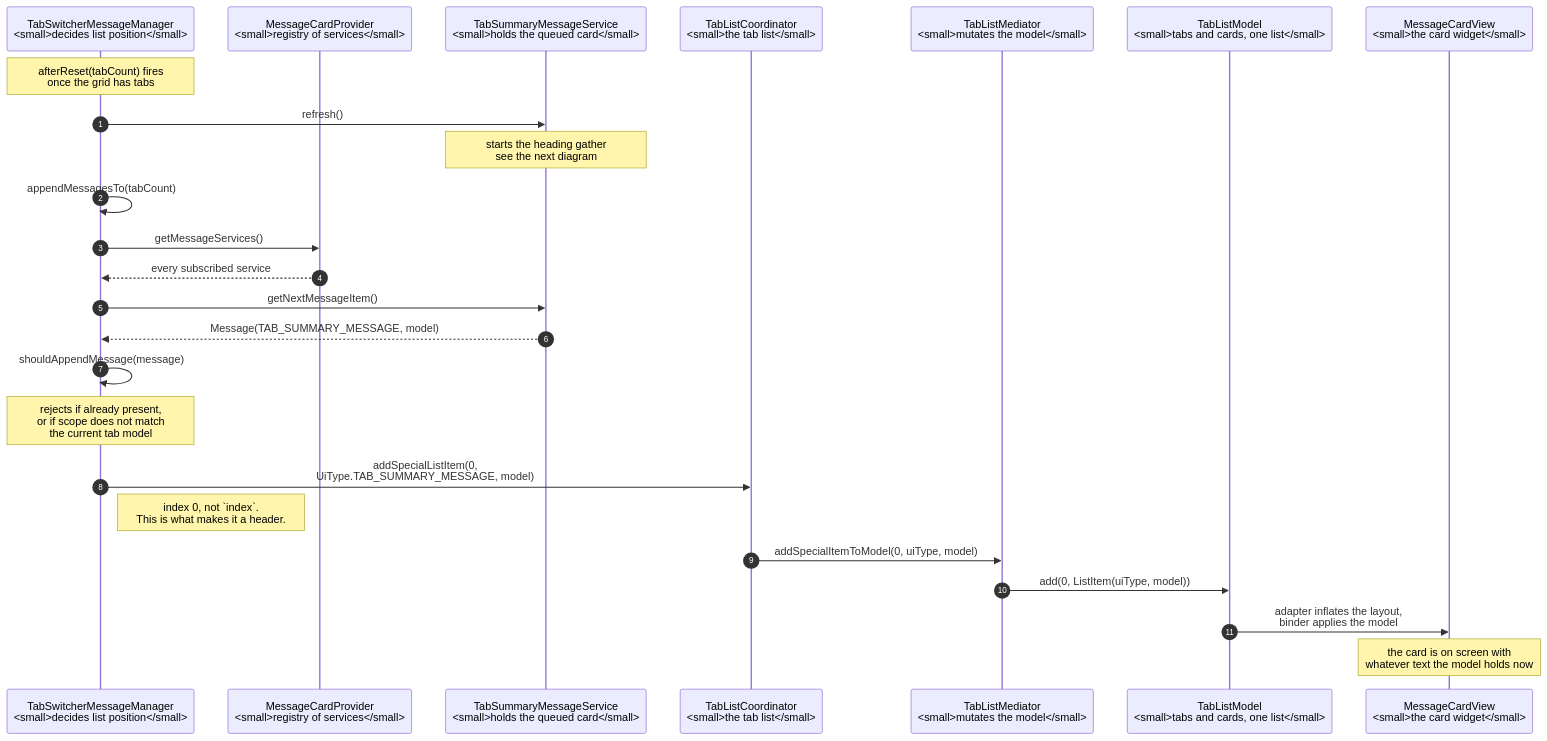
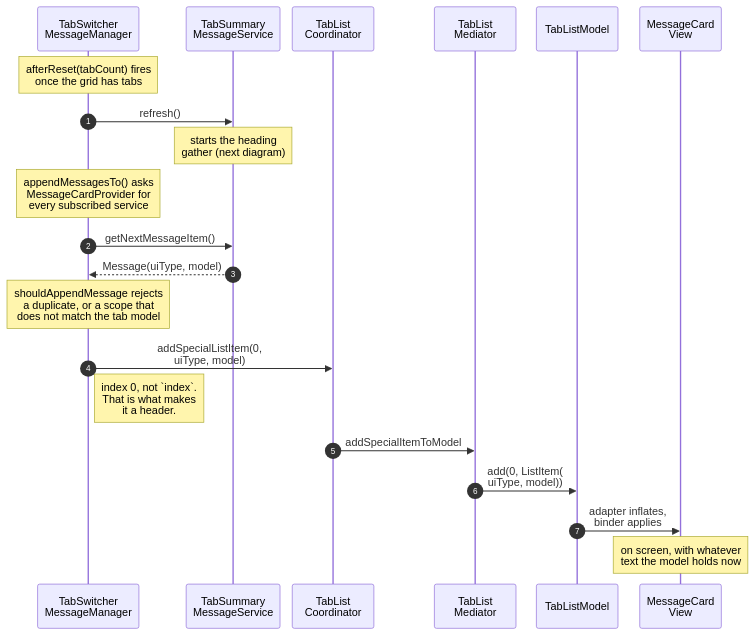
One commit to obeletski/chromium changed the third of 10 diagrams in docs/floating_window/tab-summary-android-ui-alternatives.md. Above: the diagram before and after it, drawn with Mermaid. The commit also changed other lines of this file and 13 other files, not shown here.

````diff
--- a/docs/floating_window/tab-summary-android-ui-alternatives.md
+++ b/docs/floating_window/tab-summary-android-ui-alternatives.md
@@ -584,28 +721,25 @@
 ```mermaid
+%%{init: {"sequence": {"actorMargin": 18, "width": 120, "boxMargin": 8, "messageFontSize": 13, "noteFontSize": 13}}}%%
 sequenceDiagram
     autonumber
-    participant TSMM as TabSwitcherMessageManager<br/><small>decides list position</small>
-    participant MCP as MessageCardProvider<br/><small>registry of services</small>
-    participant SVC as TabSummaryMessageService<br/><small>holds the queued card</small>
-    participant TLC as TabListCoordinator<br/><small>the tab list</small>
-    participant TLM as TabListMediator<br/><small>mutates the model</small>
-    participant MODEL as TabListModel<br/><small>tabs and cards, one list</small>
-    participant VIEW as MessageCardView<br/><small>the card widget</small>
+    participant TSMM as TabSwitcher<br/>MessageManager
+    participant SVC as TabSummary<br/>MessageService
+    participant TLC as TabList<br/>Coordinator
+    participant TLM as TabList<br/>Mediator
+    participant MODEL as TabListModel
+    participant VIEW as MessageCard<br/>View
 
     Note over TSMM: afterReset(tabCount) fires<br/>once the grid has tabs
     TSMM->>SVC: refresh()
-    Note over SVC: starts the heading gather<br/>see the next diagram
-    TSMM->>TSMM: appendMessagesTo(tabCount)
-    TSMM->>MCP: getMessageServices()
-    MCP-->>TSMM: every subscribed service
+    Note over SVC: starts the heading<br/>gather (next diagram)
+    Note over TSMM: appendMessagesTo() asks<br/>MessageCardProvider for<br/>every subscribed service
     TSMM->>SVC: getNextMessageItem()
-    SVC-->>TSMM: Message(TAB_SUMMARY_MESSAGE, model)
-    TSMM->>TSMM: shouldAppendMessage(message)
-    Note over TSMM: rejects if already present,<br/>or if scope does not match<br/>the current tab model
-    TSMM->>TLC: addSpecialListItem(0,<br/>UiType.TAB_SUMMARY_MESSAGE, model)
-    Note right of TSMM: index 0, not `index`.<br/>This is what makes it a header.
-    TLC->>TLM: addSpecialItemToModel(0, uiType, model)
-    TLM->>MODEL: add(0, ListItem(uiType, model))
-    MODEL->>VIEW: adapter inflates the layout,<br/>binder applies the model
-    Note over VIEW: the card is on screen with<br/>whatever text the model holds now
+    SVC-->>TSMM: Message(uiType, model)
+    Note over TSMM: shouldAppendMessage rejects<br/>a duplicate, or a scope that<br/>does not match the tab model
+    TSMM->>TLC: addSpecialListItem(0,<br/>uiType, model)
+    Note right of TSMM: index 0, not `index`.<br/>That is what makes<br/>it a header.
+    TLC->>TLM: addSpecialItemToModel
+    TLM->>MODEL: add(0, ListItem(<br/>uiType, model))
+    MODEL->>VIEW: adapter inflates,<br/>binder applies
+    Note over VIEW: on screen, with whatever<br/>text the model holds now
 ```
````
